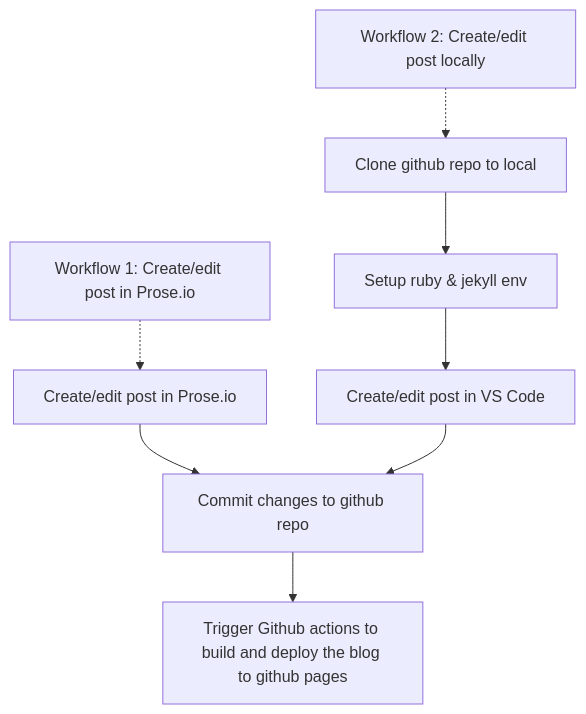
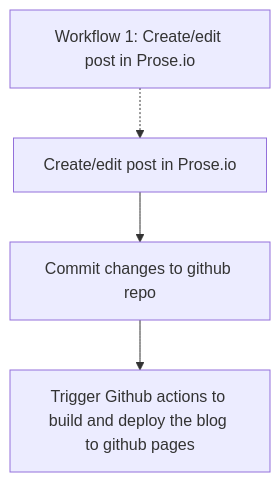
One commit to goooooouwa/writings changed the diagram in _posts/productivity/2021-03-29-blog-setup.md. Above: the diagram before and after it, drawn with Mermaid.

```diff
--- a/_posts/productivity/2021-03-29-blog-setup.md
+++ b/_posts/productivity/2021-03-29-blog-setup.md
@@ -11,12 +11,8 @@
 <div class="mermaid">
     graph TD
     T1[Workflow 1: Create/edit post in Prose.io] -.-> A
-    T2[Workflow 2: Create/edit post locally] -.-> D
 
     A[Create/edit post in Prose.io] --> B
-    D[Clone github repo to local] --> E
-    E[Setup ruby & jekyll env] --> F
-    F[Create/edit post in VS Code] --> B
     B[Commit changes to github repo]
     B --> C[Trigger Github actions to build and deploy the blog to github pages]
 </div>
```
